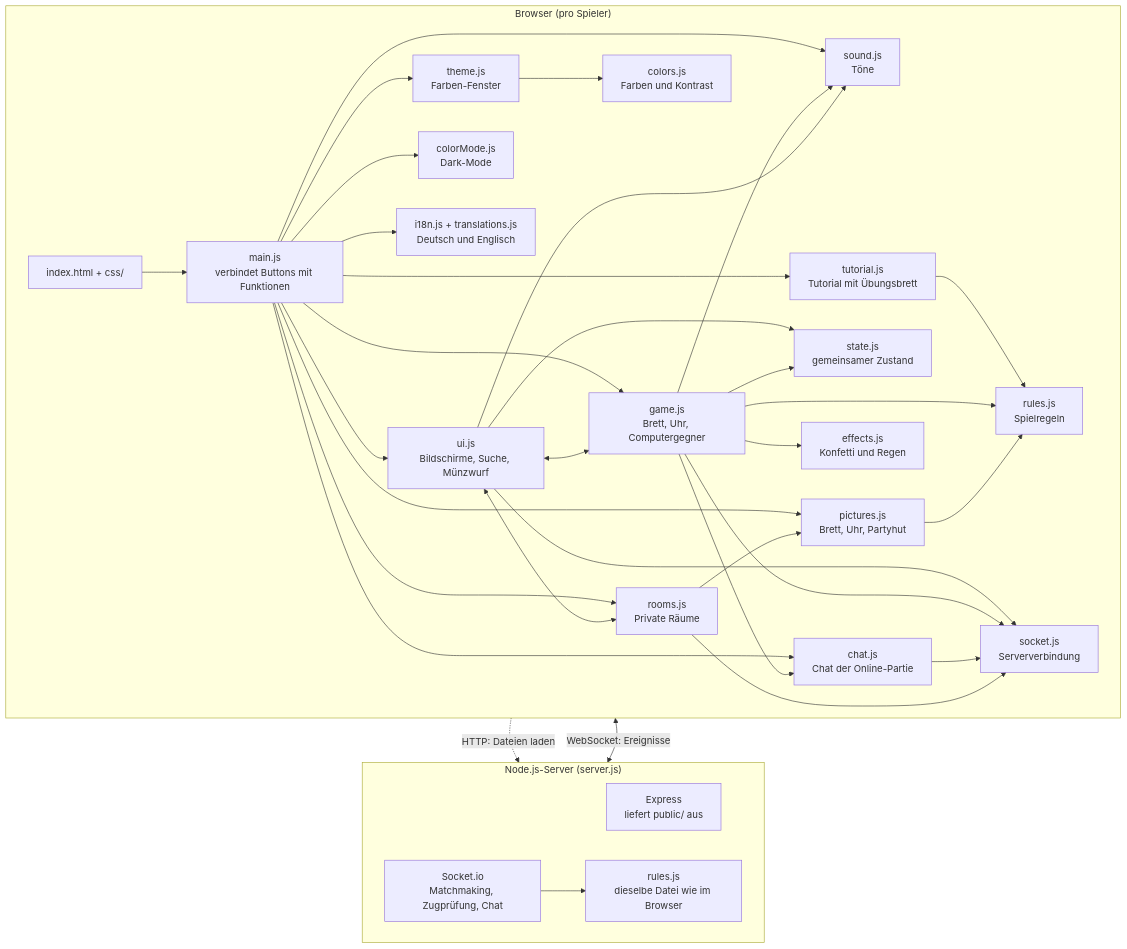
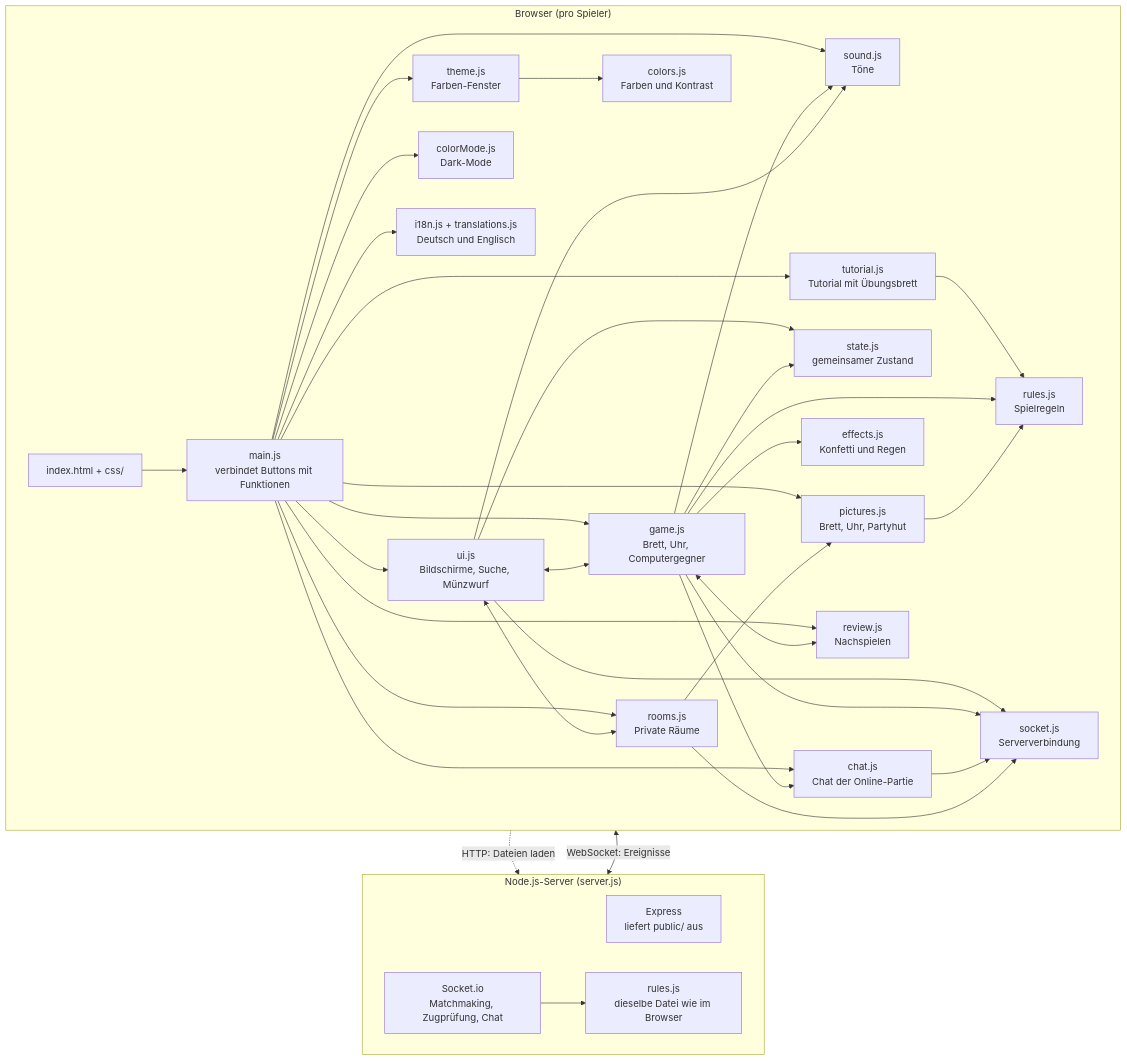
One commit to flofries00/WebProgDHBWDame changed the first of 2 diagrams in README.md. Above: the diagram before and after it, drawn with Mermaid. The commit also changed other lines of this file and 3 other files, not shown here.

Commit message:
Auslagern: Nachspielen im Endbildschirm von game.js nach review.js (startHistory, noteMove, showReview), README

````diff
--- a/README.md
+++ b/README.md
@@ -163,62 +164,65 @@
 ```mermaid
 flowchart TB
     subgraph Browser["Browser (pro Spieler)"]
         direction LR
         HTML["index.html + css/"]
         Main["main.js<br/>verbindet Buttons mit Funktionen"]
         UI["ui.js<br/>Bildschirme, Suche, Münzwurf"]
         Game["game.js<br/>Brett, Uhr, Computergegner"]
         RulesC["rules.js<br/>Spielregeln"]
         Sound["sound.js<br/>Töne"]
         Theme["theme.js<br/>Farben-Fenster"]
         Colors["colors.js<br/>Farben und Kontrast"]
         ColorMode["colorMode.js<br/>Dark-Mode"]
         Tutorial["tutorial.js<br/>Tutorial mit Übungsbrett"]
         State["state.js<br/>gemeinsamer Zustand"]
         SocketC["socket.js<br/>Serververbindung"]
         I18n["i18n.js + translations.js<br/>Deutsch und Englisch"]
         Pictures["pictures.js<br/>Brett, Uhr, Partyhut"]
         Effects["effects.js<br/>Konfetti und Regen"]
         Chat["chat.js<br/>Chat der Online-Partie"]
         Rooms["rooms.js<br/>Private Räume"]
+        Review["review.js<br/>Nachspielen"]
         HTML --> Main
         Main --> UI
         Main --> Game
         Main --> Sound
         Main --> Theme
         Main --> ColorMode
         Main --> Tutorial
         Tutorial --> RulesC
         Theme --> Colors
         UI <--> Game
         Game --> RulesC
         Game --> Sound
         UI --> Sound
         UI --> State
         Game --> State
         UI --> SocketC
         Game --> SocketC
         Main --> I18n
         Main --> Pictures
         Pictures --> RulesC
         Game --> Effects
         Main --> Chat
         Game --> Chat
         Chat --> SocketC
         Main --> Rooms
         UI <--> Rooms
         Rooms --> Pictures
         Rooms --> SocketC
+        Main --> Review
+        Game <--> Review
     end
 
     subgraph Server["Node.js-Server (server.js)"]
         direction LR
         Express["Express<br/>liefert public/ aus"]
         IO["Socket.io<br/>Matchmaking, Zugprüfung, Chat"]
         RulesS["rules.js<br/>dieselbe Datei wie im Browser"]
         IO --> RulesS
     end
 
     HTML -.->|"HTTP: Dateien laden"| Express
     SocketC <-->|"WebSocket: Ereignisse"| IO
 ```
````
